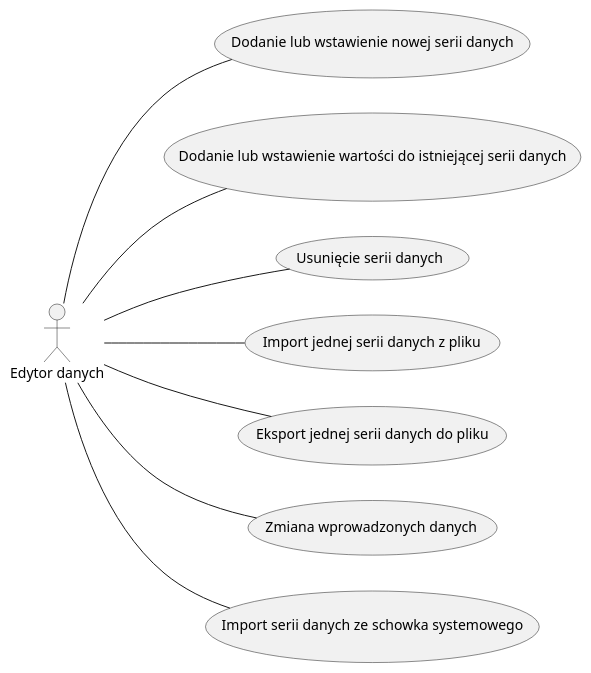
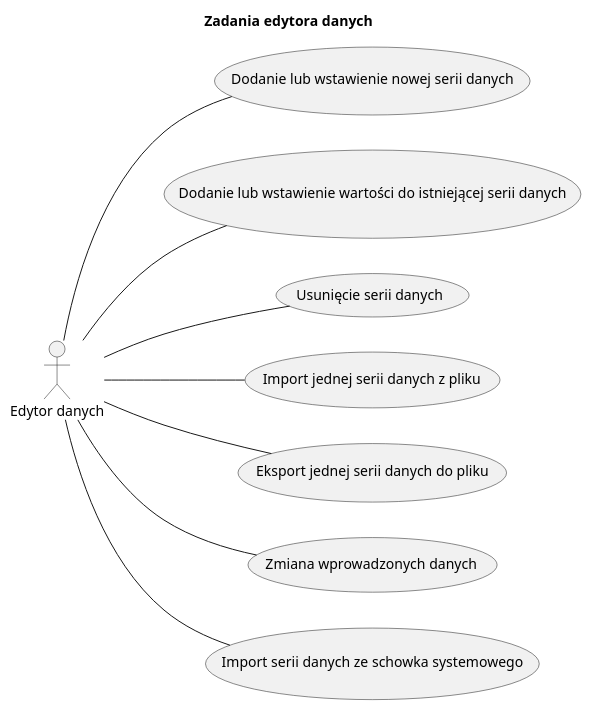
Before and after one commit to resultfulness/pgui-uml: the diagram in src/requirements/tasks/tasks__editor.puml, drawn with PlantUML. The commit also changed 9 other files, not shown here.

```diff
--- a/src/requirements/tasks/tasks__editor.puml
+++ b/src/requirements/tasks/tasks__editor.puml
@@ -1,13 +1,15 @@
 @startuml
 left to right direction
+
+title Zadania edytora danych
 
 actor "Edytor danych" as editor
 
 editor -- (Dodanie lub wstawienie nowej serii danych)
 editor -- (Dodanie lub wstawienie wartości do istniejącej serii danych)
 editor -- (Usunięcie serii danych)
 editor -- (Import jednej serii danych z pliku)
 editor -- (Eksport jednej serii danych do pliku)
 editor -- (Zmiana wprowadzonych danych)
 editor -- (Import serii danych ze schowka systemowego)
 @enduml
```
